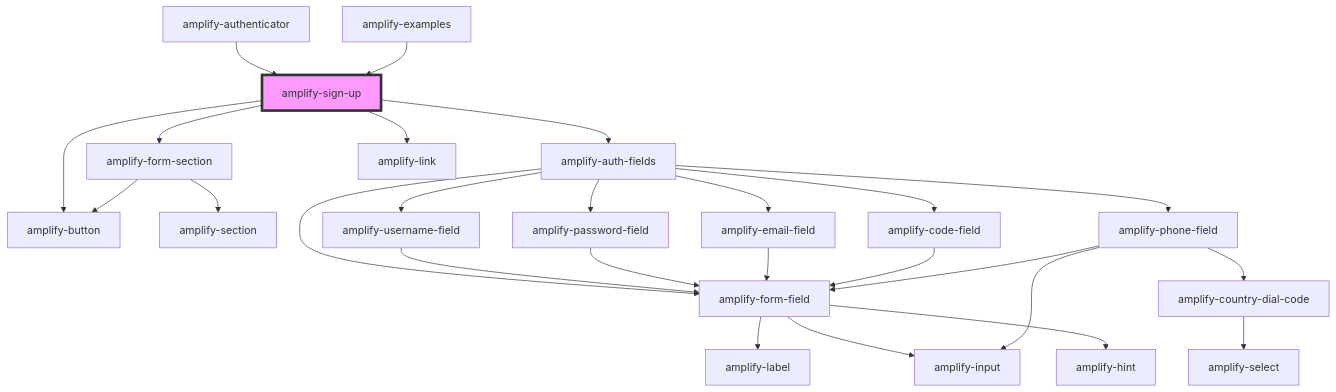
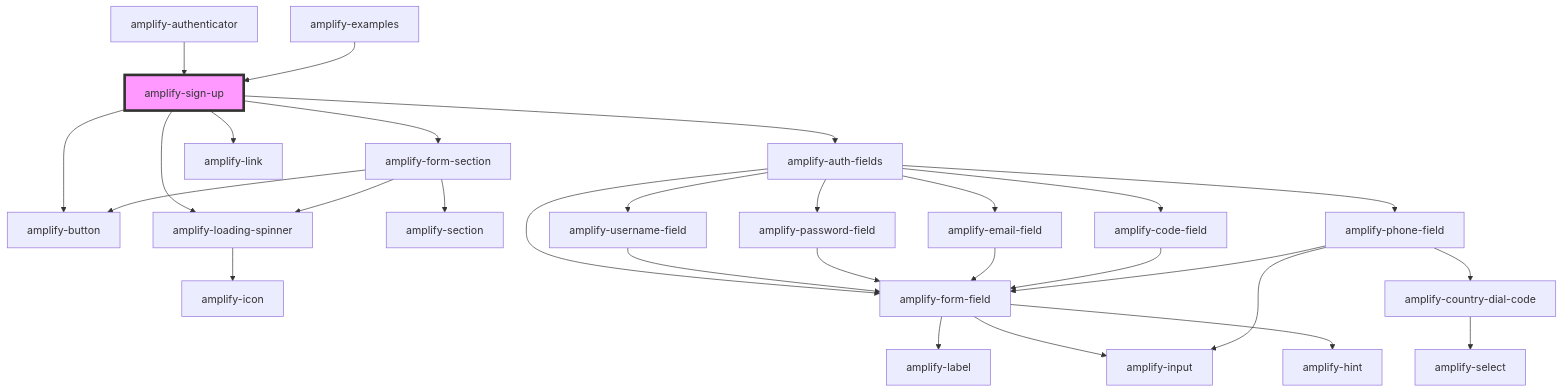
One commit to OneDev0411/amplify-js changed the diagram in packages/amplify-ui-components/src/components/amplify-sign-up/readme.md. Above: the diagram before and after it, drawn with Mermaid. The commit also changed other lines of this file and 43 other files, not shown here.

First line of the commit message:
feat(@aws-amplify/ui-components): amplify-loading-spinner, loading state, minor form input tweaks (#4929)

````diff
--- a/packages/amplify-ui-components/src/components/amplify-sign-up/readme.md
+++ b/packages/amplify-ui-components/src/components/amplify-sign-up/readme.md
@@ -36,29 +37,32 @@
 ```mermaid
 graph TD;
   amplify-sign-up --> amplify-form-section
   amplify-sign-up --> amplify-auth-fields
   amplify-sign-up --> amplify-link
   amplify-sign-up --> amplify-button
+  amplify-sign-up --> amplify-loading-spinner
+  amplify-form-section --> amplify-section
   amplify-form-section --> amplify-button
-  amplify-form-section --> amplify-section
+  amplify-form-section --> amplify-loading-spinner
+  amplify-loading-spinner --> amplify-icon
   amplify-auth-fields --> amplify-username-field
   amplify-auth-fields --> amplify-password-field
   amplify-auth-fields --> amplify-email-field
   amplify-auth-fields --> amplify-code-field
   amplify-auth-fields --> amplify-phone-field
   amplify-auth-fields --> amplify-form-field
   amplify-username-field --> amplify-form-field
   amplify-form-field --> amplify-label
   amplify-form-field --> amplify-input
   amplify-form-field --> amplify-hint
   amplify-password-field --> amplify-form-field
   amplify-email-field --> amplify-form-field
   amplify-code-field --> amplify-form-field
   amplify-phone-field --> amplify-form-field
   amplify-phone-field --> amplify-country-dial-code
   amplify-phone-field --> amplify-input
   amplify-country-dial-code --> amplify-select
   amplify-authenticator --> amplify-sign-up
   amplify-examples --> amplify-sign-up
   style amplify-sign-up fill:#f9f,stroke:#333,stroke-width:4px
 ```
````
